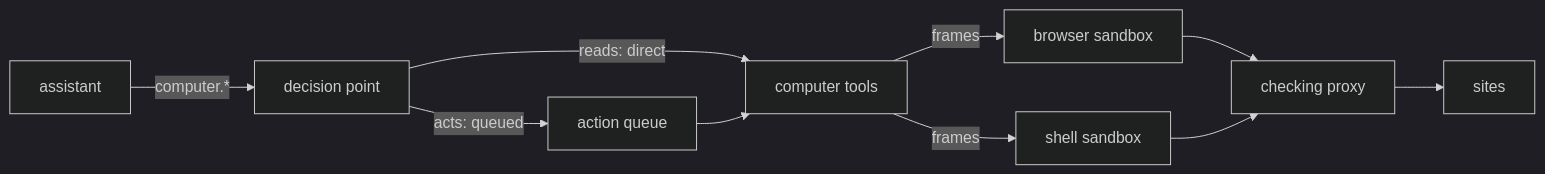
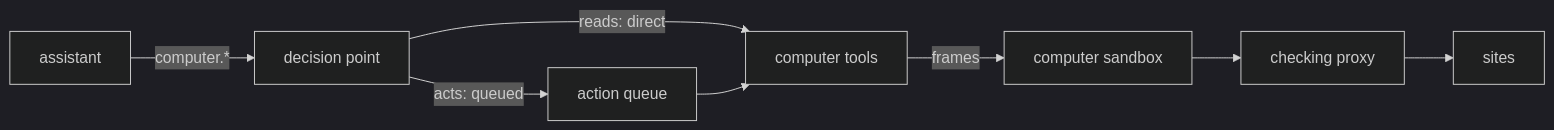
The diagram in docs/architecture/connectors/computer.md (zgeoff/nixie), drawn with Mermaid (dark theme) before and after one commit. The commit also changed other lines of this file and 132 other files, not shown here.

First line of the commit message:
feat(computer): run the browser and shell in one desktop sandbox (#1364)

````diff
--- a/docs/architecture/connectors/computer.md
+++ b/docs/architecture/connectors/computer.md
@@ -10,10 +9,8 @@
 ```mermaid
 flowchart LR
   model[assistant] -->|"computer.*"| point[decision point]
   point -->|"reads: direct"| tools[computer tools]
   point -->|"acts: queued"| queue[action queue] --> tools
-  tools -->|"frames"| browser[browser sandbox]
-  tools -->|"frames"| shell[shell sandbox]
-  browser --> proxy[checking proxy] --> web[sites]
-  shell --> proxy
+  tools -->|"frames"| computer[computer sandbox]
+  computer --> proxy[checking proxy] --> web[sites]
 ```
````
